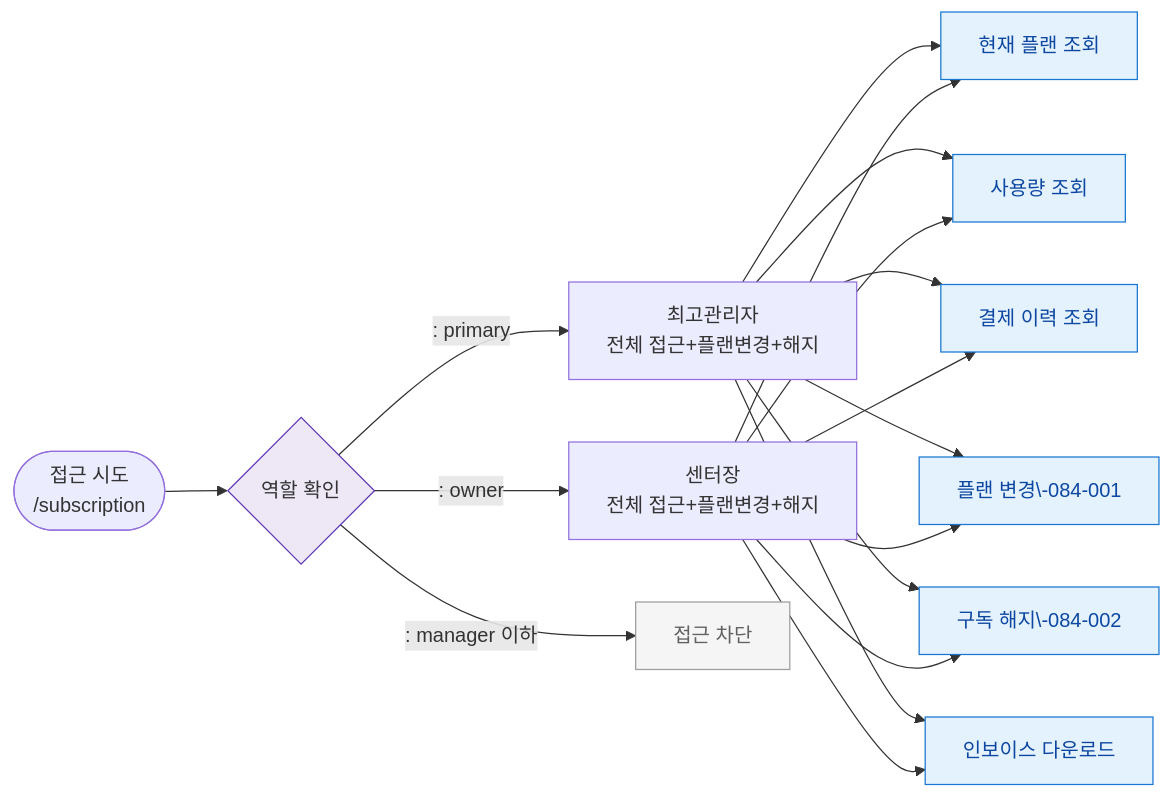
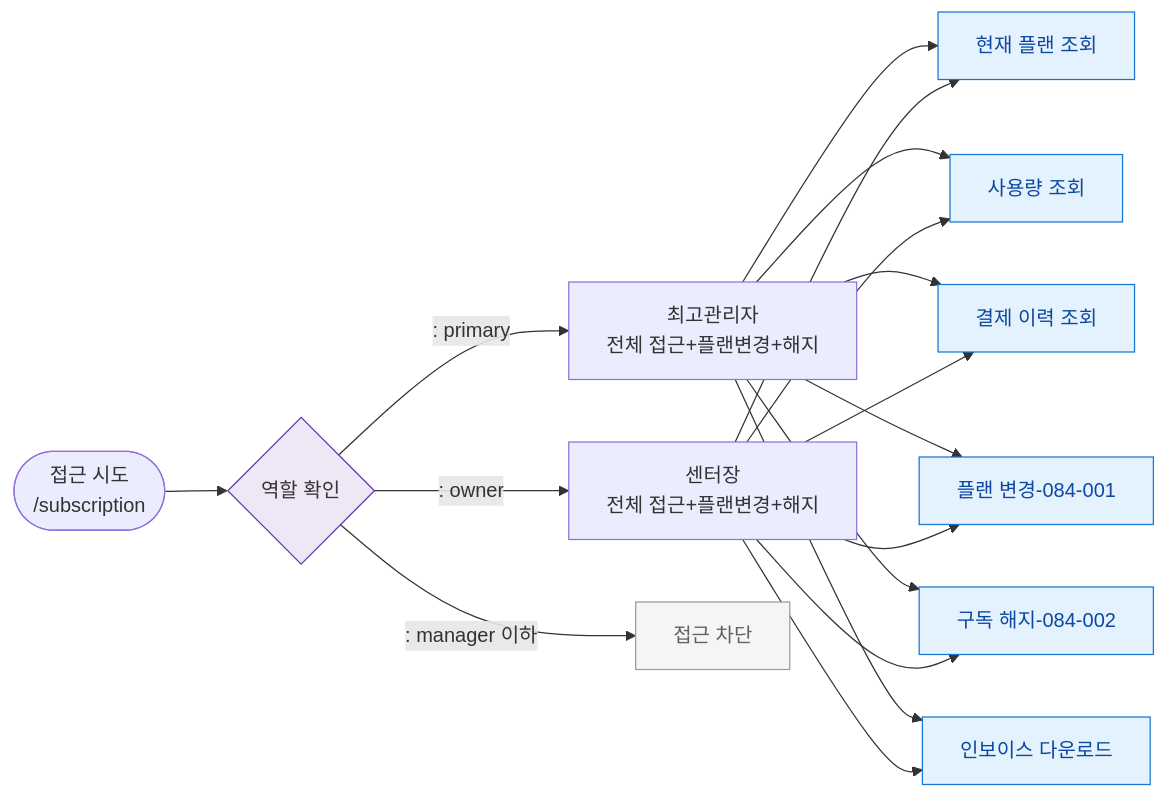
One commit to dev-spogym/admin-pando changed the diagram in docs/admin/다이어그램/D09_설정관리/SCR-084_구독결제관리/F7_권한RBAC.md. Above: the diagram before and after it, drawn with Mermaid. The commit also changed 369 other files, not shown here.

````diff
--- a/docs/admin/다이어그램/D09_설정관리/SCR-084_구독결제관리/F7_권한RBAC.md
+++ b/docs/admin/다이어그램/D09_설정관리/SCR-084_구독결제관리/F7_권한RBAC.md
@@ -12,23 +12,23 @@
 ```mermaid
 flowchart LR
     User([접근 시도\n/subscription])
     User --> RoleCheck{역할 확인}
 
     RoleCheck -->|": primary"|P[최고관리자\n전체 접근+플랜변경+해지]
     RoleCheck -->|": owner"|O[센터장\n전체 접근+플랜변경+해지]
     RoleCheck -->|": manager 이하"|Blocked[접근 차단]
 
     P & O --> ViewPlan[현재 플랜 조회]
     P & O --> ViewUsage[사용량 조회]
     P & O --> ViewHistory[결제 이력 조회]
-    P & O --> ChangePlan[플랜 변경\-084-001]
-    P & O --> CancelSub[구독 해지\-084-002]
+    P & O --> ChangePlan[플랜 변경-084-001]
+    P & O --> CancelSub[구독 해지-084-002]
     P & O --> DownloadInvoice[인보이스 다운로드]
 
     classDef screen fill:#E3F2FD,stroke:#1976D2,color:#0D47A1
     classDef rbacBlocked fill:#F5F5F5,stroke:#9E9E9E,color:#616161
     classDef system fill:#EDE7F6,stroke:#5E35B2
     class ViewPlan,ViewUsage,ViewHistory,ChangePlan,CancelSub,DownloadInvoice screen
     class Blocked rbacBlocked
     class RoleCheck system
 ```
````
